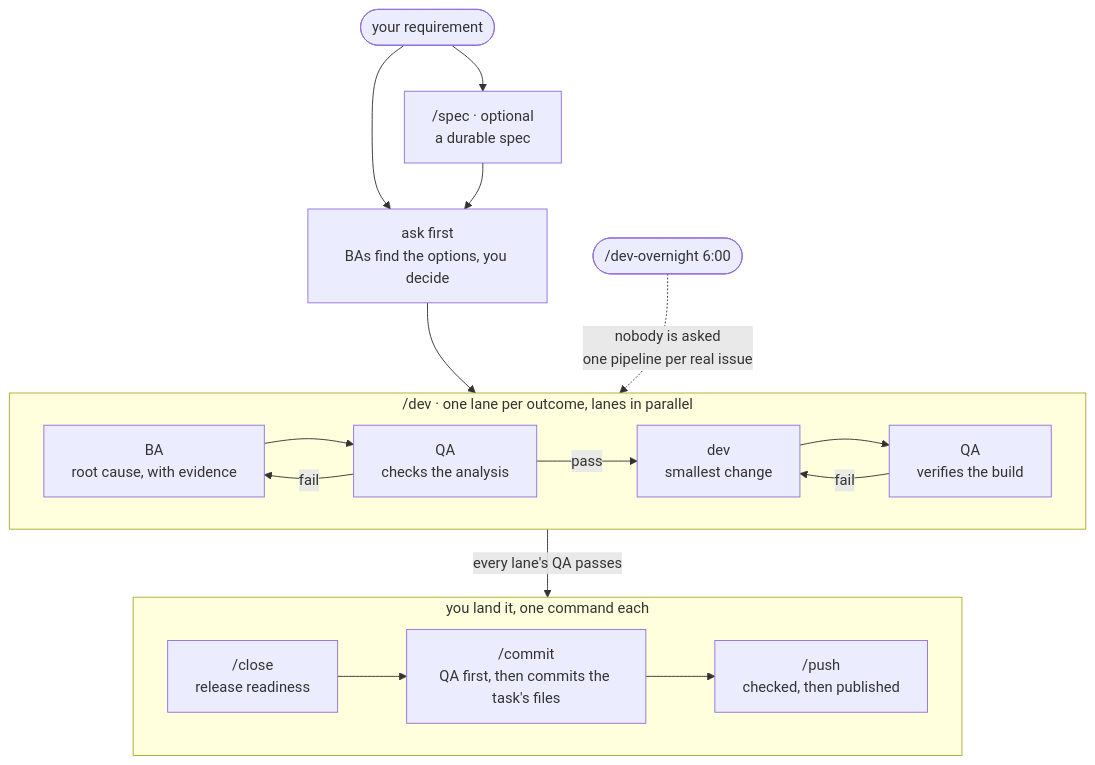
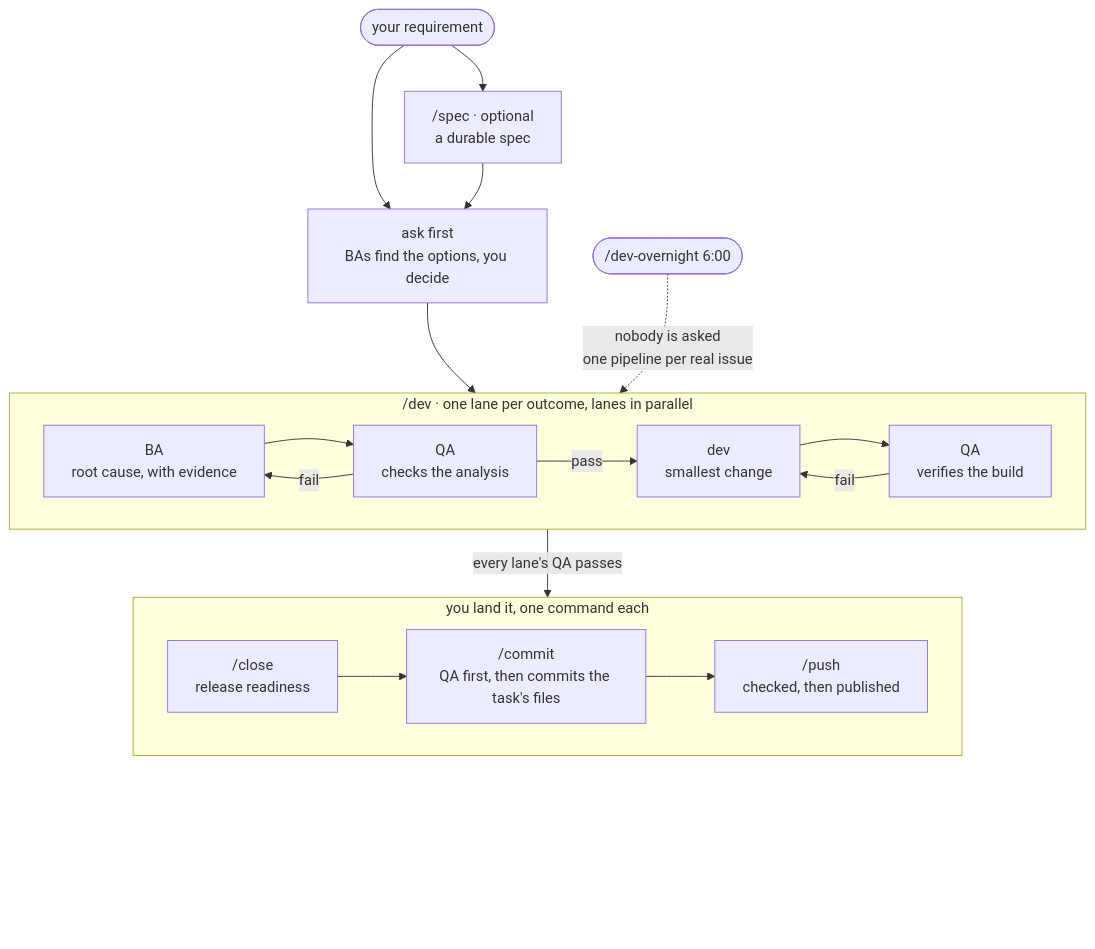
Before and after one commit to Yugoge/awesome-claude-harness: the first of 2 diagrams in README.md, drawn with Mermaid.

Commit message:
README: keep the /push node clear of the phone diagram controls
On a phone, GitHub's mermaid control panel covered the /push node of the
pipeline diagram. An invisible spacer under the landing lane, the same
pattern the architecture diagram uses, moves the node above the panel.

Claude-Session: https://claude.ai/code/session_017MTKKZpxjCuUDwKtkUM1j1

````diff
--- a/README.md
+++ b/README.md
@@ -97,20 +97,23 @@
 ```mermaid
 flowchart TD
     subgraph LANE["/dev · one lane per outcome, lanes in parallel"]
         BA["BA<br/>root cause, with evidence"] --> QA1["QA<br/>checks the analysis"]
         QA1 -->|fail| BA
         QA1 -->|pass| DEV["dev<br/>smallest change"]
         DEV --> QA2["QA<br/>verifies the build"]
         QA2 -->|fail| DEV
     end
     subgraph LAND["you land it, one command each"]
         direction LR
         CLOSE["/close<br/>release readiness"] --> COMMIT["/commit<br/>QA first, then commits the task's files"] --> PUSH["/push<br/>checked, then published"]
     end
     REQ(["your requirement"]) --> SPEC["/spec · optional<br/>a durable spec"]
     REQ --> ASK["ask first<br/>BAs find the options, you decide"]
     SPEC --> ASK
     ASK --> LANE
     NIGHT(["/dev-overnight 6:00"]) -.->|"nobody is asked<br/>one pipeline per real issue"| LANE
     LANE -->|"every lane's QA passes"| LAND
+    LAND ~~~ PAD["<br/><br/><br/><br/><br/>"]
+    classDef pad fill:none,stroke:none
+    class PAD pad
 ```
````
